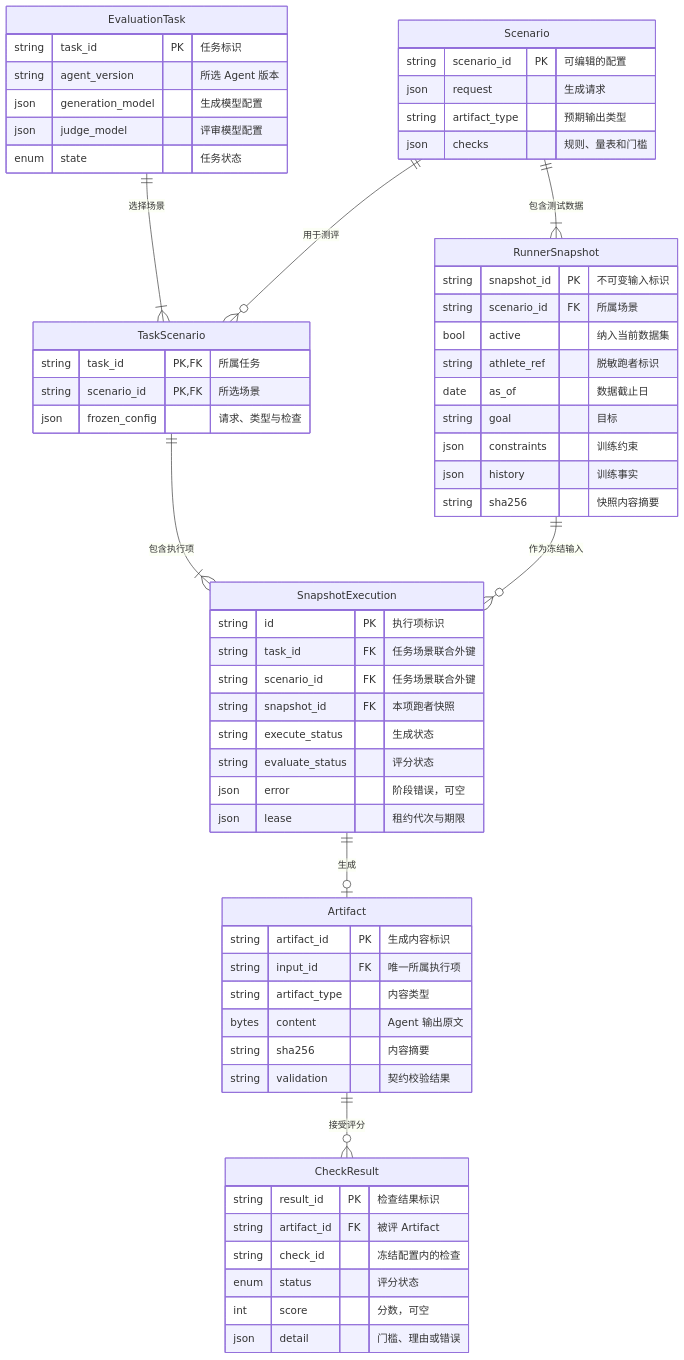
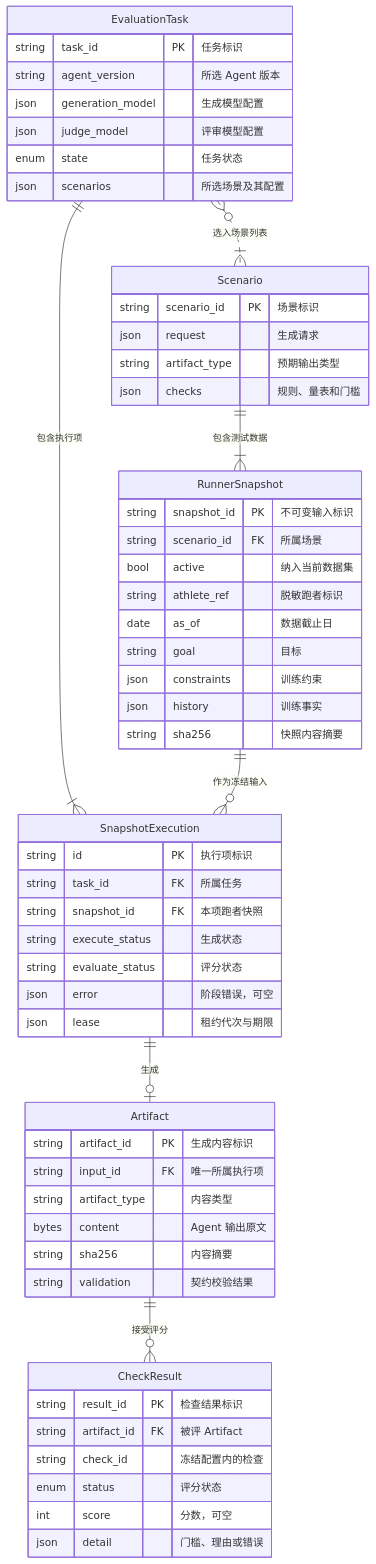
Before and after one commit to zhaochy1990/running: the second of 2 diagrams in docs/superpowers/specs/2026-11-23-offline-plan-eval.md, drawn with Mermaid. The commit also changed other lines of this file and 1 other file, not shown here.

````diff
--- a/docs/superpowers/specs/2026-11-23-offline-plan-eval.md
+++ b/docs/superpowers/specs/2026-11-23-offline-plan-eval.md
@@ -184,65 +193,59 @@
 ```mermaid
 erDiagram
     Scenario {
-        string scenario_id PK "可编辑的配置"
+        string scenario_id PK "场景标识"
         json request "生成请求"
         string artifact_type "预期输出类型"
         json checks "规则、量表和门槛"
     }
     RunnerSnapshot {
         string snapshot_id PK "不可变输入标识"
         string scenario_id FK "所属场景"
         bool active "纳入当前数据集"
         string athlete_ref "脱敏跑者标识"
         date as_of "数据截止日"
         string goal "目标"
         json constraints "训练约束"
         json history "训练事实"
         string sha256 "快照内容摘要"
     }
     Artifact {
         string artifact_id PK "生成内容标识"
         string input_id FK "唯一所属执行项"
         string artifact_type "内容类型"
         bytes content "Agent 输出原文"
         string sha256 "内容摘要"
         string validation "契约校验结果"
     }
     SnapshotExecution {
         string id PK "执行项标识"
-        string task_id FK "任务场景联合外键"
-        string scenario_id FK "任务场景联合外键"
+        string task_id FK "所属任务"
         string snapshot_id FK "本项跑者快照"
         string execute_status "生成状态"
         string evaluate_status "评分状态"
         json error "阶段错误，可空"
         json lease "租约代次与期限"
     }
     EvaluationTask {
         string task_id PK "任务标识"
         string agent_version "所选 Agent 版本"
         json generation_model "生成模型配置"
         json judge_model "评审模型配置"
         enum state "任务状态"
-    }
-    TaskScenario {
-        string task_id PK,FK "所属任务"
-        string scenario_id PK,FK "所选场景"
-        json frozen_config "请求、类型与检查"
+        json scenarios "所选场景及其配置"
     }
     CheckResult {
         string result_id PK "检查结果标识"
         string artifact_id FK "被评 Artifact"
         string check_id "冻结配置内的检查"
         enum status "评分状态"
         int score "分数，可空"
         json detail "门槛、理由或错误"
     }
-    EvaluationTask ||--|{ TaskScenario : "选择场景"
-    TaskScenario ||--|{ SnapshotExecution : "包含执行项"
+    EvaluationTask }o..|{ Scenario : "选入场景列表"
+    EvaluationTask ||--|{ SnapshotExecution : "包含执行项"
     RunnerSnapshot ||--o{ SnapshotExecution : "作为冻结输入"
     SnapshotExecution ||--o| Artifact : "生成"
     Artifact ||--o{ CheckResult : "接受评分"
-    Scenario ||--o{ TaskScenario : "用于测评"
     Scenario ||--|{ RunnerSnapshot : "包含测试数据"
 ```
````
